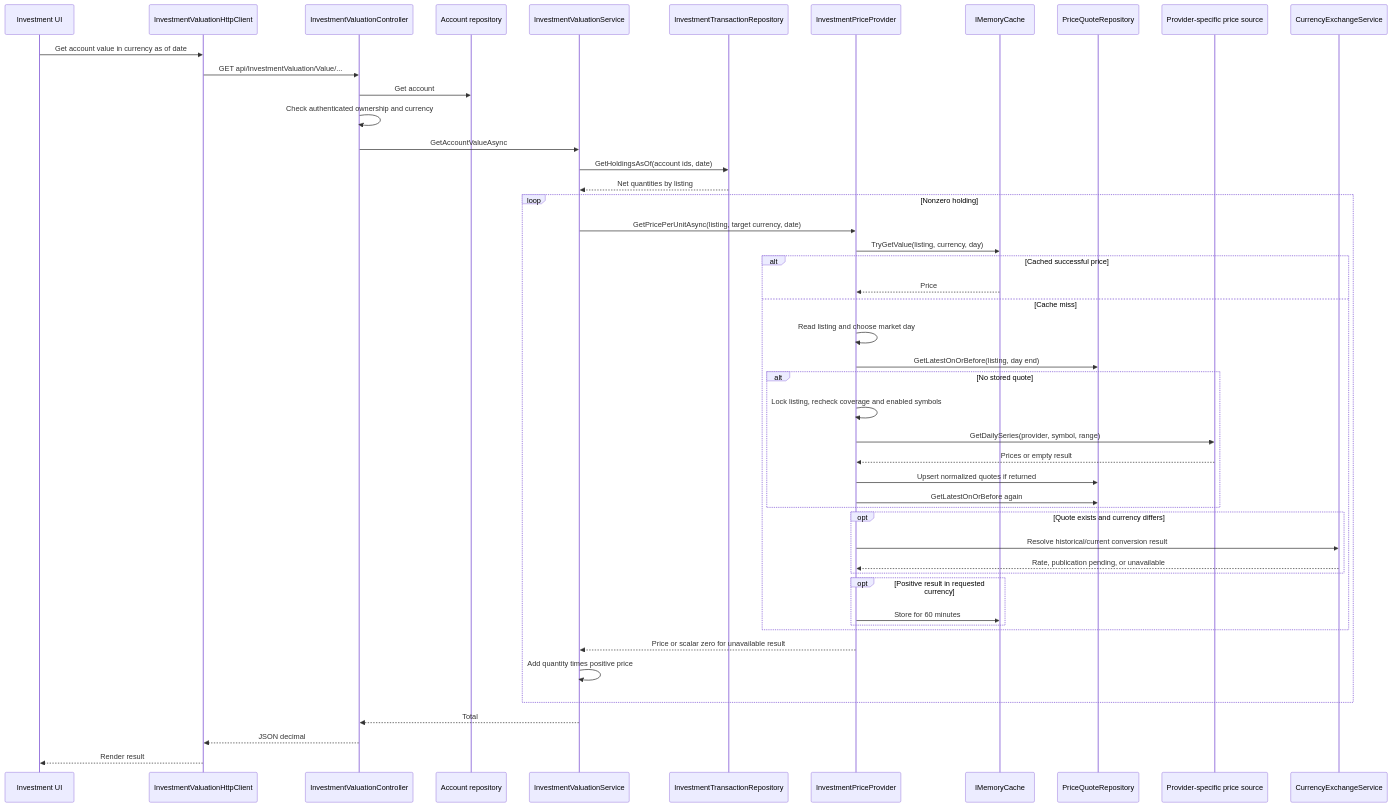
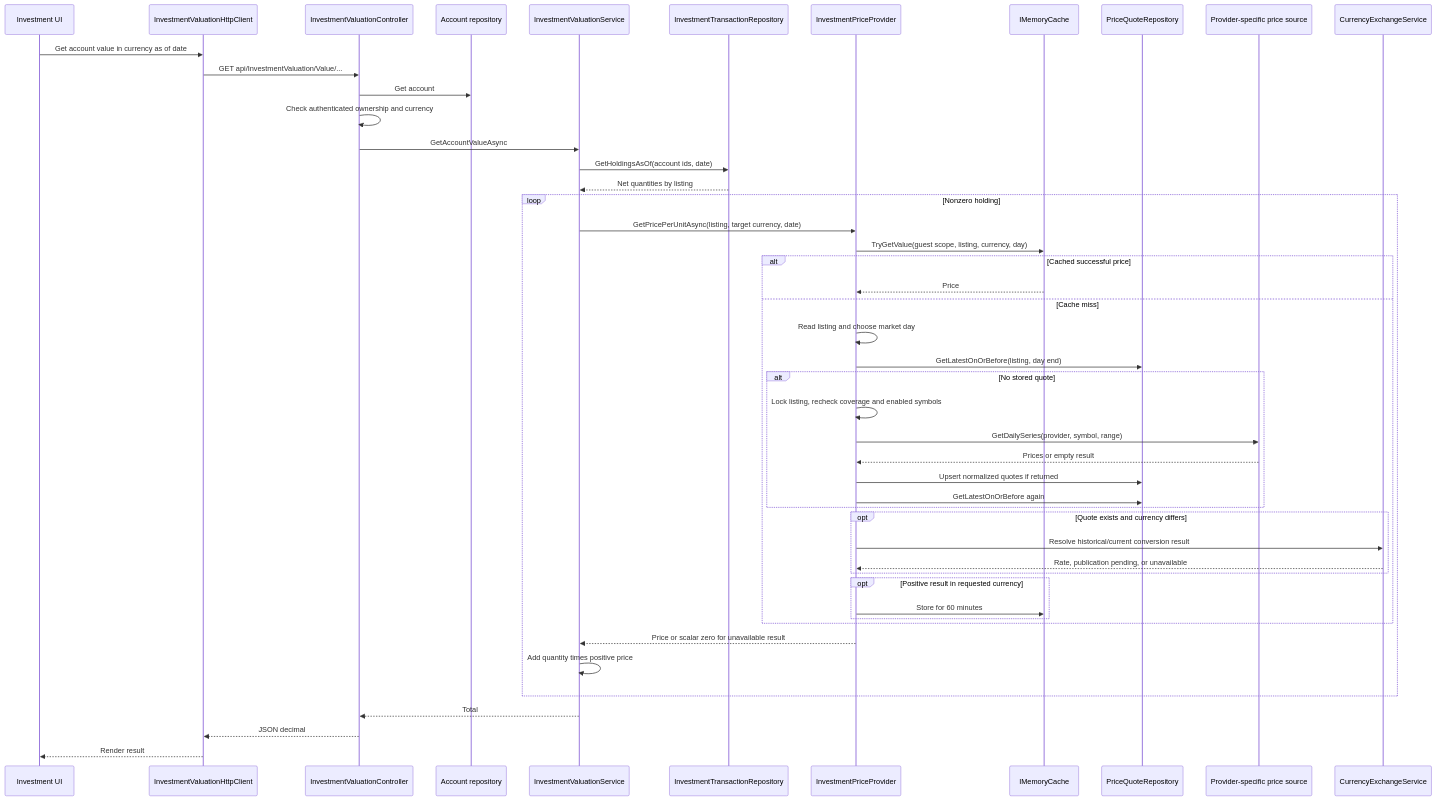
The second of 5 diagrams in docs/architecture/06-runtime-view.md (avresial/FinanceManager), drawn with Mermaid before and after one commit. The commit also changed other lines of this file and 7 other files, not shown here.

````diff
--- a/docs/architecture/06-runtime-view.md
+++ b/docs/architecture/06-runtime-view.md
@@ -63,50 +63,50 @@
 ```mermaid
 sequenceDiagram
     participant UI as Investment UI
     participant Client as InvestmentValuationHttpClient
     participant API as InvestmentValuationController
     participant Accounts as Account repository
     participant Value as InvestmentValuationService
     participant Trades as InvestmentTransactionRepository
     participant Price as InvestmentPriceProvider
     participant Cache as IMemoryCache
     participant Quotes as PriceQuoteRepository
     participant Source as Provider-specific price source
     participant FX as CurrencyExchangeService
     UI->>Client: Get account value in currency as of date
     Client->>API: GET api/InvestmentValuation/Value/...
     API->>Accounts: Get account
     API->>API: Check authenticated ownership and currency
     API->>Value: GetAccountValueAsync
     Value->>Trades: GetHoldingsAsOf(account ids, date)
     Trades-->>Value: Net quantities by listing
     loop Nonzero holding
         Value->>Price: GetPricePerUnitAsync(listing, target currency, date)
-        Price->>Cache: TryGetValue(listing, currency, day)
+        Price->>Cache: TryGetValue(guest scope, listing, currency, day)
         alt Cached successful price
             Cache-->>Price: Price
         else Cache miss
             Price->>Price: Read listing and choose market day
             Price->>Quotes: GetLatestOnOrBefore(listing, day end)
             alt No stored quote
                 Price->>Price: Lock listing, recheck coverage and enabled symbols
                 Price->>Source: GetDailySeries(provider, symbol, range)
                 Source-->>Price: Prices or empty result
                 Price->>Quotes: Upsert normalized quotes if returned
                 Price->>Quotes: GetLatestOnOrBefore again
             end
             opt Quote exists and currency differs
                 Price->>FX: Resolve historical/current conversion result
                 FX-->>Price: Rate, publication pending, or unavailable
             end
             opt Positive result in requested currency
                 Price->>Cache: Store for 60 minutes
             end
         end
         Price-->>Value: Price or scalar zero for unavailable result
         Value->>Value: Add quantity times positive price
     end
     Value-->>API: Total
     API-->>Client: JSON decimal
     Client-->>UI: Render result
 ```
````
